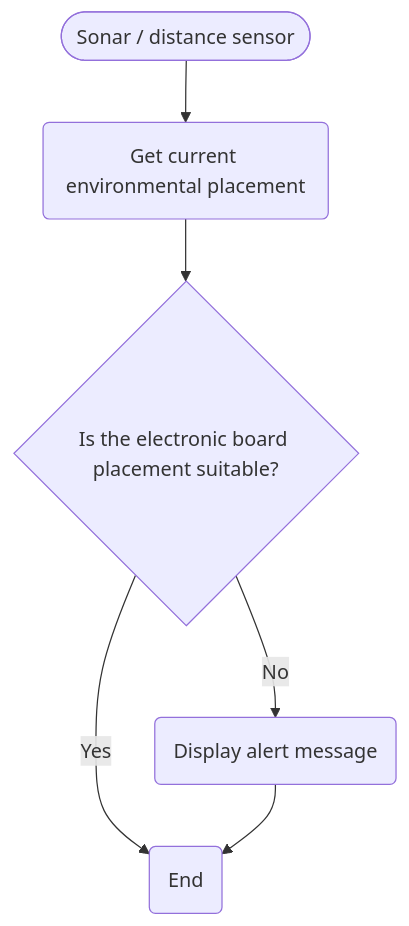
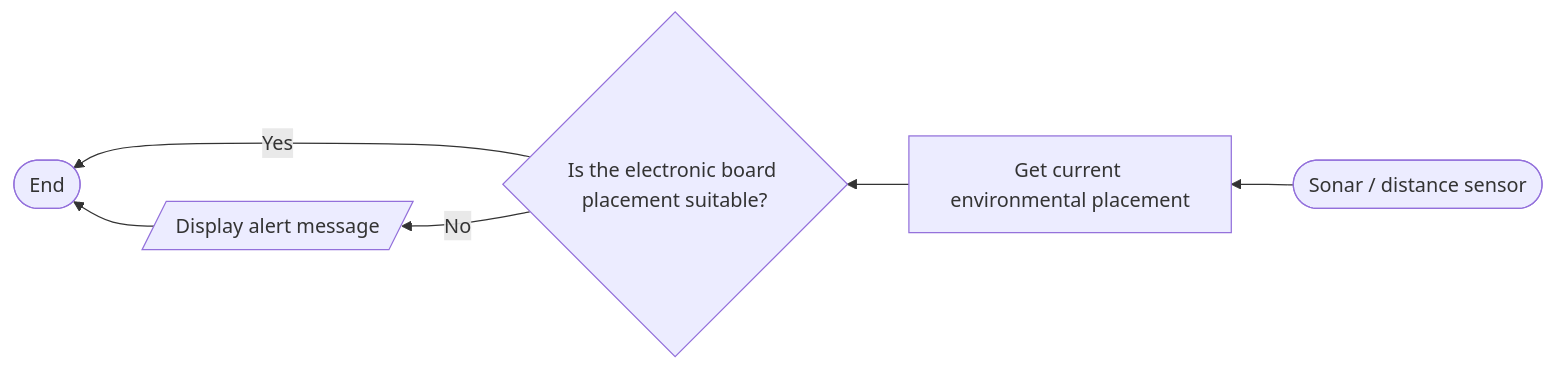
The second of 3 diagrams in logic.md (Camasaurus/0157863-SmartDevice2023), drawn with Mermaid before and after one commit. The commit also changed other lines of this file, not shown here.

````diff
--- a/logic.md
+++ b/logic.md
@@ -7,14 +61,14 @@
 ```mermaid
-flowchart TD
+flowchart RL
     Start([Sonar / distance sensor])
-    getEnvironmentStatus(Get current environmental placement)
+    getEnvironmentStatus[Get current environmental placement]
     checkEnvironment{Is the electronic board placement suitable?}
-    environmentAlert(Display alert message)
-    finish(End)
+    environmentAlert[/Display alert message/]
+    finish([End])
     
     Start-->getEnvironmentStatus-->checkEnvironment
     checkEnvironment-->|Yes|finish
     checkEnvironment-->|No|environmentAlert
     environmentAlert-->finish
 
 ```
````
